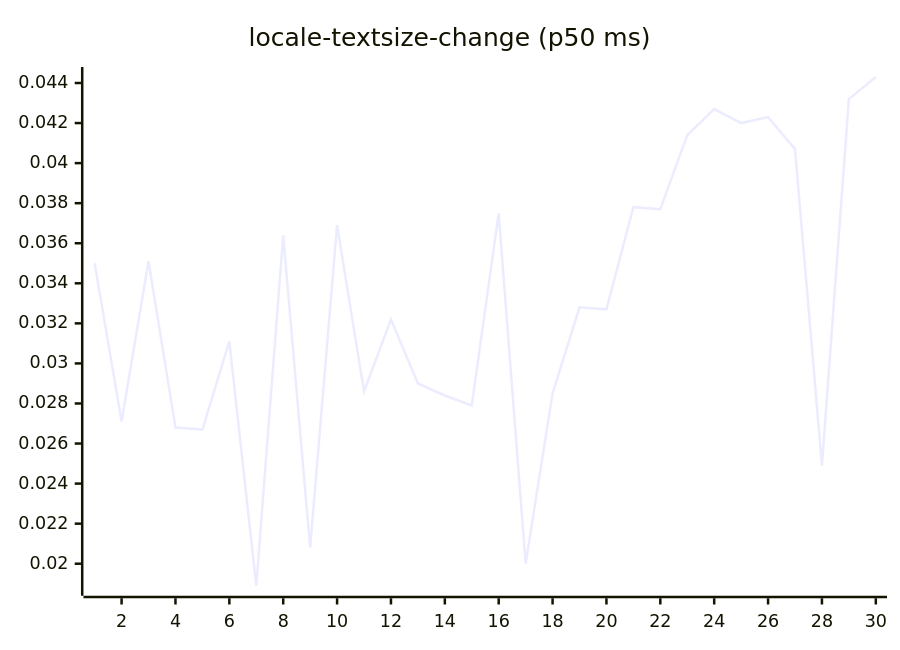
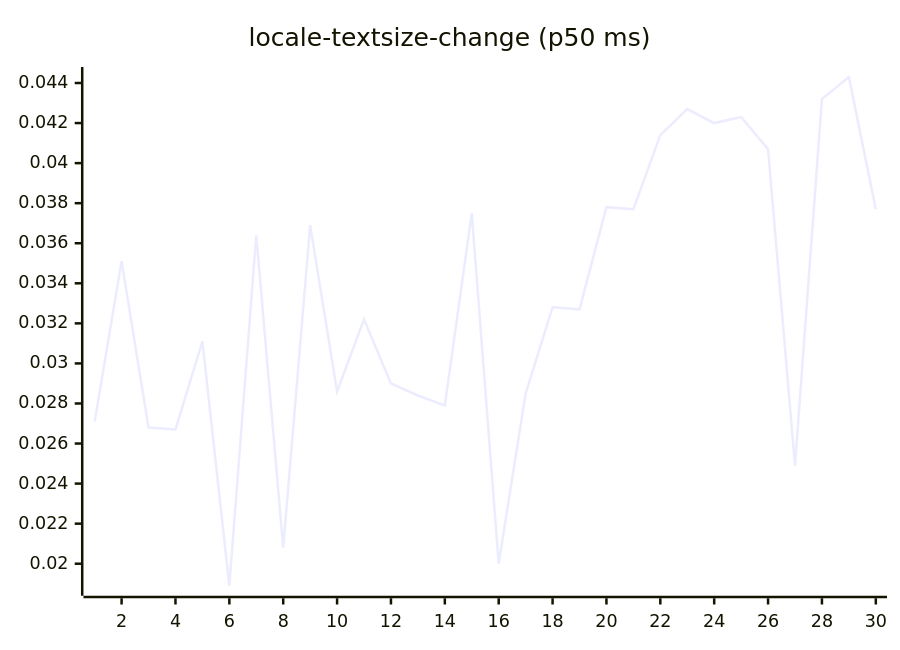
Before and after one commit to josha/Facet: diagram 13 of 27 in README.md, drawn with Mermaid. The commit also changed other lines of this file and 2 other files, not shown here.

````diff
--- a/README.md
+++ b/README.md
@@ -147,6 +147,6 @@
 ```mermaid
 xychart-beta
     title "locale-textsize-change (p50 ms)"
     x-axis 1 --> 30
-    line [0.0350, 0.0271, 0.0351, 0.0268, 0.0267, 0.0311, 0.0189, 0.0364, 0.0208, 0.0369, 0.0286, 0.0322, 0.0290, 0.0284, 0.0279, 0.0375, 0.0200, 0.0285, 0.0328, 0.0327, 0.0378, 0.0377, 0.0414, 0.0427, 0.0420, 0.0423, 0.0407, 0.0249, 0.0432, 0.0443]
+    line [0.0271, 0.0351, 0.0268, 0.0267, 0.0311, 0.0189, 0.0364, 0.0208, 0.0369, 0.0286, 0.0322, 0.0290, 0.0284, 0.0279, 0.0375, 0.0200, 0.0285, 0.0328, 0.0327, 0.0378, 0.0377, 0.0414, 0.0427, 0.0420, 0.0423, 0.0407, 0.0249, 0.0432, 0.0443, 0.0377]
 ```
````
